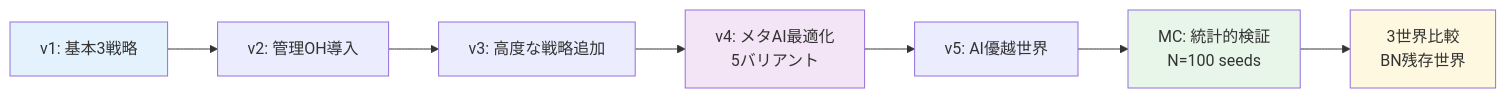
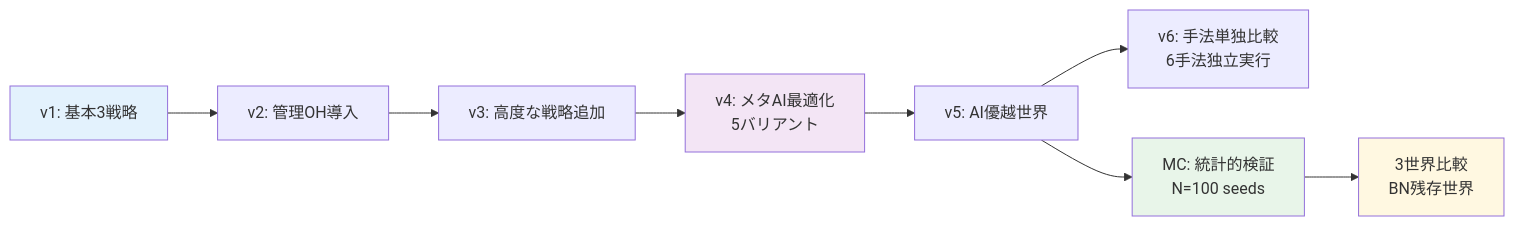
One commit to Taiyou/DeSciTokyo changed the fourth of 4 diagrams in docs/wiki/Home.md. Above: the diagram before and after it, drawn with Mermaid. The commit also changed other lines of this file and 23 other files, not shown here.

````diff
--- a/docs/wiki/Home.md
+++ b/docs/wiki/Home.md
@@ -149,14 +155,15 @@
 ```mermaid
 graph LR
     V1["v1: 基本3戦略"] --> V2["v2: 管理OH導入"]
     V2 --> V3["v3: 高度な戦略追加"]
     V3 --> V4["v4: メタAI最適化<br/>5バリアント"]
     V4 --> V5["v5: AI優越世界"]
+    V5 --> V6["v6: 手法単独比較<br/>6手法独立実行"]
     V5 --> MC["MC: 統計的検証<br/>N=100 seeds"]
     MC --> W3["3世界比較<br/>BN残存世界"]
 
     style V1 fill:#e3f2fd
     style V4 fill:#f3e5f5
     style MC fill:#e8f5e9
     style W3 fill:#fff8e1
 ```
````
